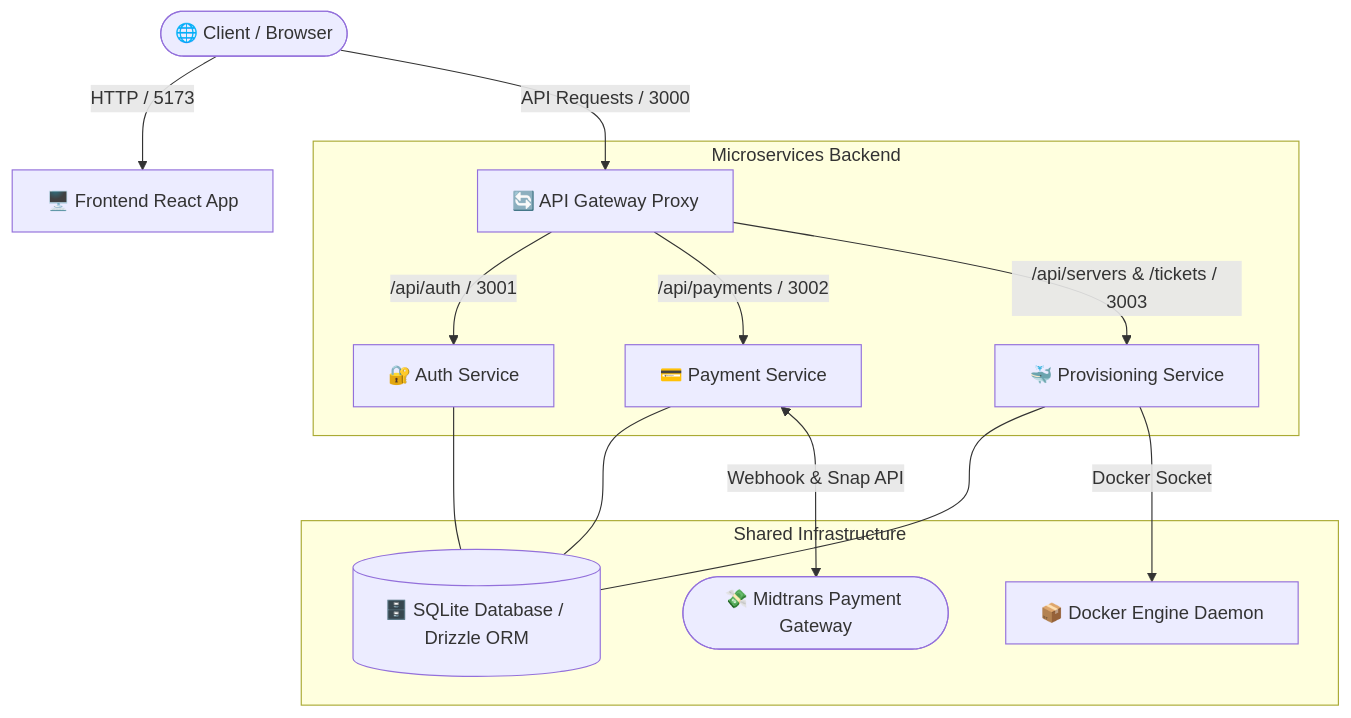
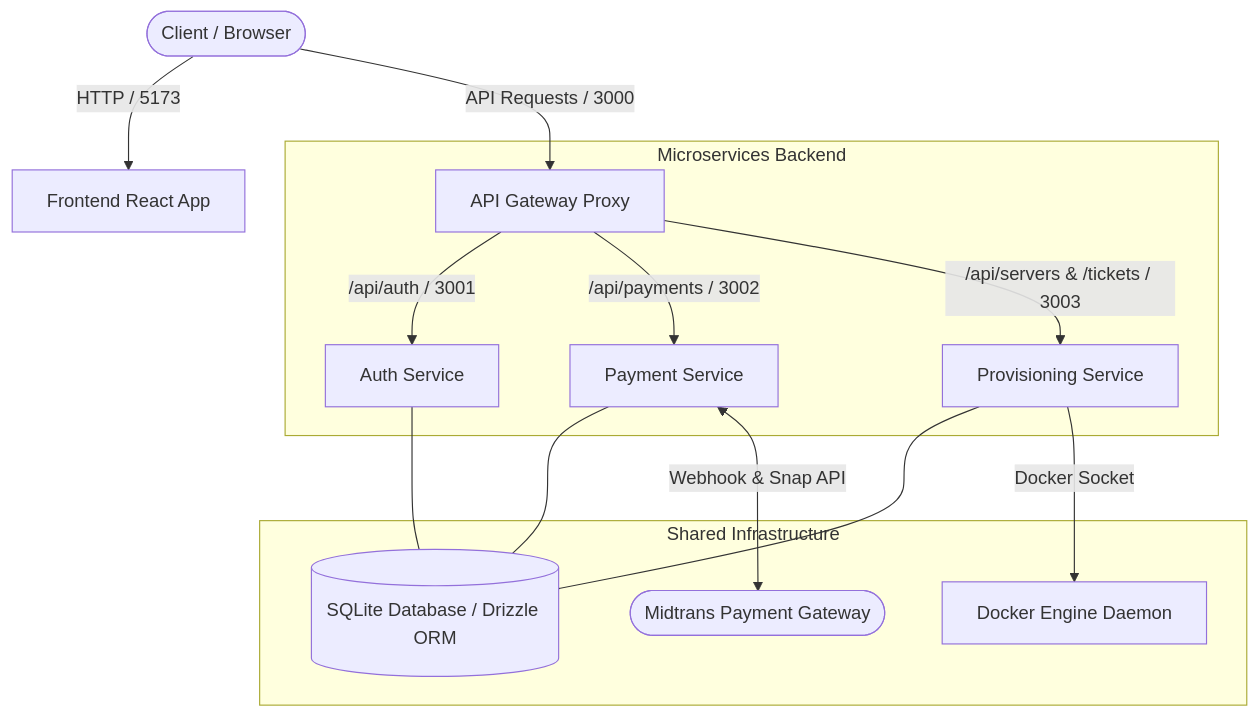
The diagram in README.md (exclnt/MCloud-SaaS), drawn with Mermaid before and after one commit. The commit also changed other lines of this file and 7 other files, not shown here.

````diff
--- a/README.md
+++ b/README.md
@@ -45,19 +45,19 @@
 ```mermaid
 graph TD
-    User([🌐 Client / Browser]) -->|HTTP / 5173| Frontend[🖥️ Frontend React App]
-    User -->|API Requests / 3000| Gateway[🔄 API Gateway Proxy]
-    
-    subgraph Microservices Backend
-        Gateway -->|/api/auth / 3001| Auth[🔐 Auth Service]
-        Gateway -->|/api/payments / 3002| Pay[💳 Payment Service]
-        Gateway -->|/api/servers & /tickets / 3003| Prov[🐳 Provisioning Service]
-    end
-    
-    subgraph Shared Infrastructure
-        Auth --- DB[(🗄️ SQLite Database / Drizzle ORM)]
-        Pay --- DB
-        Prov --- DB
-        Prov -->|Docker Socket| Docker[📦 Docker Engine Daemon]
-        Pay <-->|Webhook & Snap API| Midtrans([💸 Midtrans Payment Gateway])
-    end
+ User([Client / Browser]) -->|HTTP / 5173| Frontend[Frontend React App]
+ User -->|API Requests / 3000| Gateway[API Gateway Proxy]
+ 
+ subgraph Microservices Backend
+ Gateway -->|/api/auth / 3001| Auth[Auth Service]
+ Gateway -->|/api/payments / 3002| Pay[Payment Service]
+ Gateway -->|/api/servers & /tickets / 3003| Prov[Provisioning Service]
+ end
+ 
+ subgraph Shared Infrastructure
+ Auth --- DB[( SQLite Database / Drizzle ORM)]
+ Pay --- DB
+ Prov --- DB
+ Prov -->|Docker Socket| Docker[Docker Engine Daemon]
+ Pay <-->|Webhook & Snap API| Midtrans([Midtrans Payment Gateway])
+ end
 ```
````
